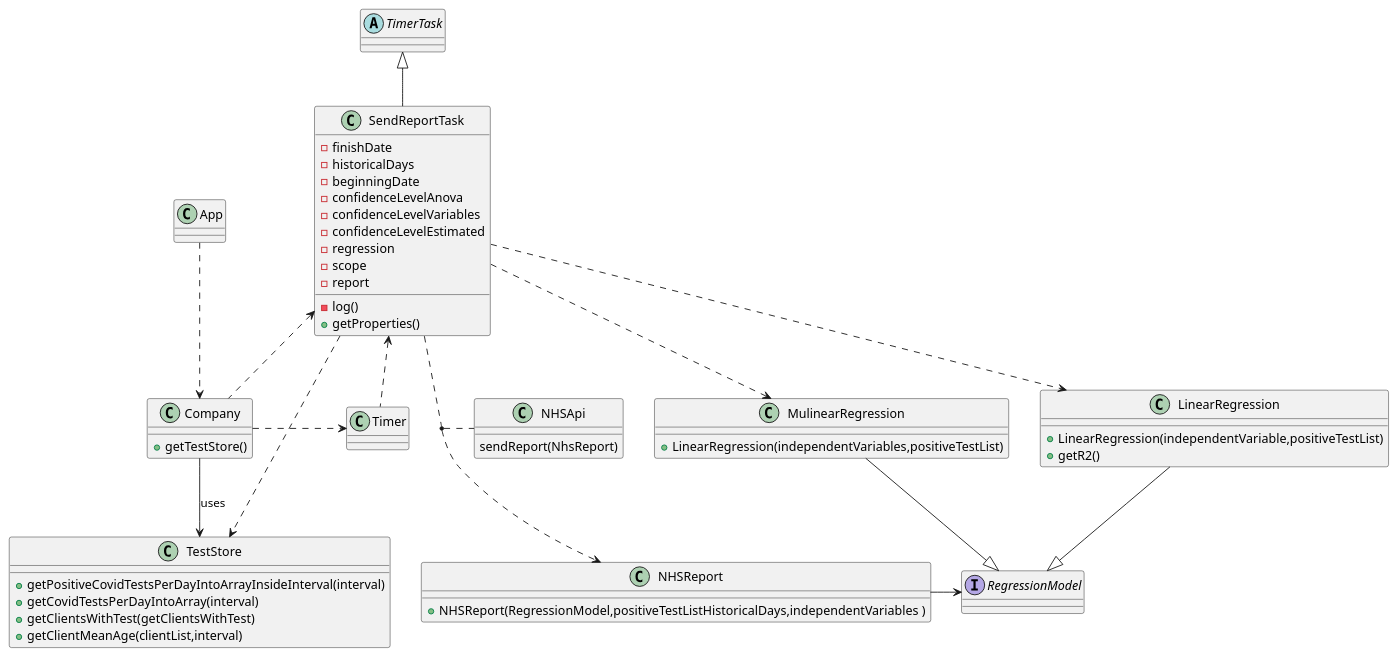
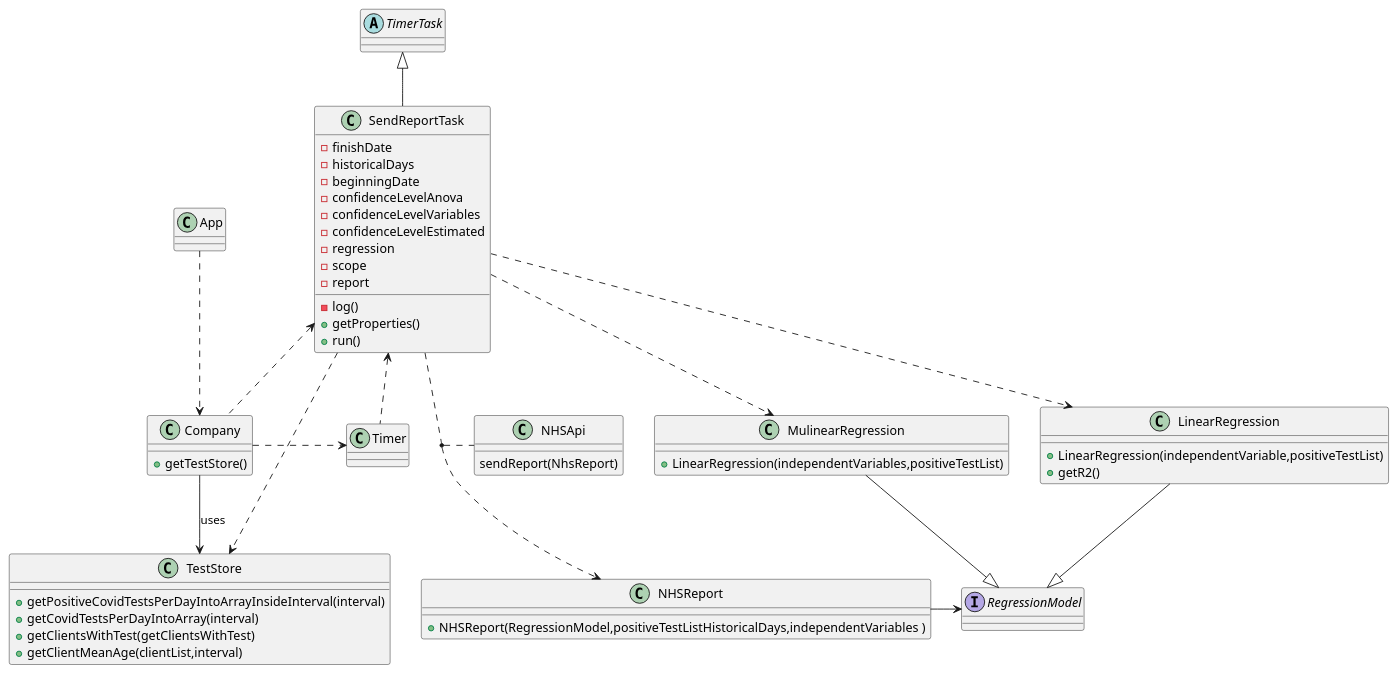
The diagram in docs/SprintD/US19/US19_CD.puml (MarianaCLages/LAPR2), drawn with PlantUML before and after one commit. The commit also changed 17 other files, not shown here.

```diff
--- a/docs/SprintD/US19/US19_CD.puml
+++ b/docs/SprintD/US19/US19_CD.puml
@@ -1,73 +1,74 @@
 @startuml
 'https://plantuml.com/class-diagram
 
 class App{
 }
 class Company{
 +getTestStore()
 
 }
 interface RegressionModel{
 }
 
 class Timer{
 }
 class SendReportTask{
 - finishDate
 - historicalDays
 - beginningDate
 - confidenceLevelAnova
 - confidenceLevelVariables
 - confidenceLevelEstimated
 - regression
 - scope
 - report
 - log()
 + getProperties()
++ run()
 }
 
 class TestStore{
 + getPositiveCovidTestsPerDayIntoArrayInsideInterval(interval)
 + getCovidTestsPerDayIntoArray(interval)
 + getClientsWithTest(getClientsWithTest)
 + getClientMeanAge(clientList,interval)
 }
 
 class LinearRegression{
 +LinearRegression(independentVariable,positiveTestList)
 +getR2()
 }
 class MulinearRegression{
 +LinearRegression(independentVariables,positiveTestList)
 
 }
 class NHSApi{
 sendReport(NhsReport)
 }
 
 class NHSReport{
 + NHSReport(RegressionModel,positiveTestListHistoricalDays,independentVariables )
 }
 
 
 abstract TimerTask{
 }
 
 LinearRegression --|> RegressionModel
 MulinearRegression --|> RegressionModel
 
 TimerTask <|-- SendReportTask
 App ..> Company
 SendReportTask <.. Company
 SendReportTask <.. Timer
 Company .> Timer
 Company --> TestStore: uses
 SendReportTask ..> LinearRegression
 SendReportTask ..> MulinearRegression
 
 SendReportTask ..> NHSReport
 (SendReportTask, NHSReport) .. NHSApi
 NHSReport -> RegressionModel
 SendReportTask ..> TestStore
 
 @enduml
```
